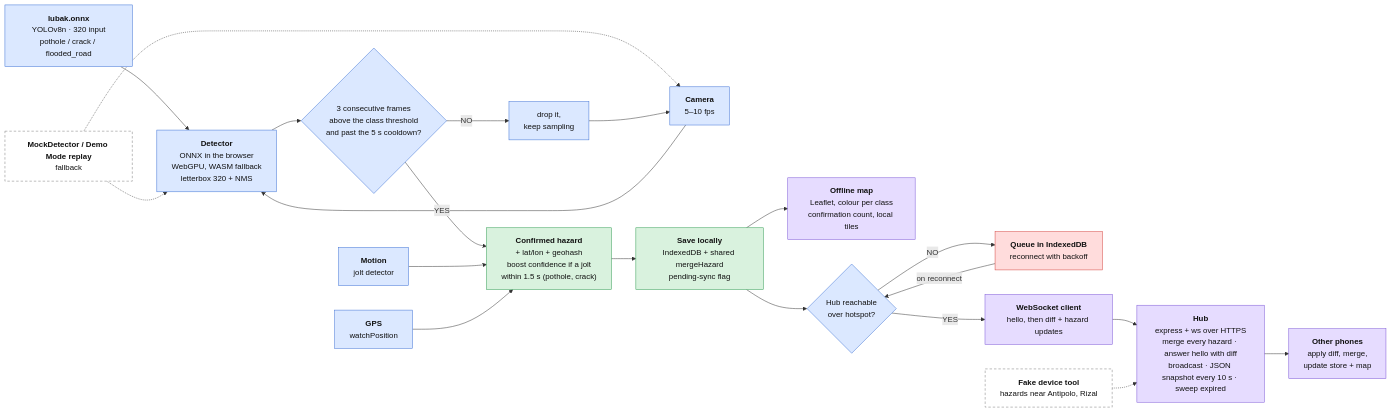
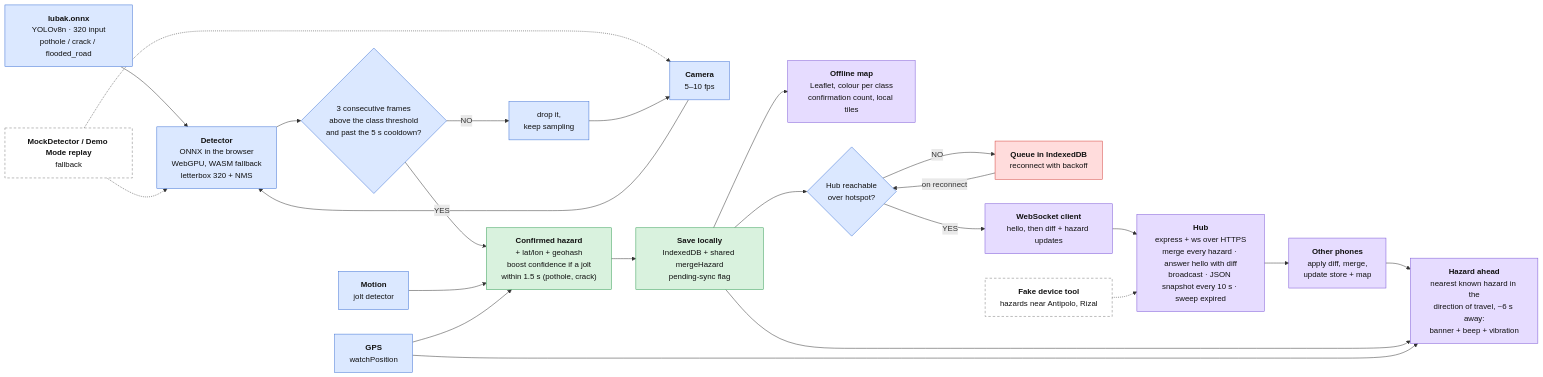
The first of 2 diagrams in docs/flowchart.md (Kaizweeen/HACKATON), drawn with Mermaid before and after one commit. The commit also changed other lines of this file and 2 other files, not shown here.

Commit message:
fake-device speaks the event PIN; README and flowchart catch up
- npm run fake-device -- --pin <code> (or HUB_PIN); without it, a PIN hub's refusal is
  explained instead of looking like a dead connection; the PIN is masked in its log.
- README status rewritten for what now works (model, map, sharing, warnings, PIN, CI) and
  what is still open (no flood data, no Philippine roads, no physical phone yet); checklist
  covers npm run rehearse, the PIN URL and the 'Pothole ahead' check.
- docs/flowchart.md: the Hazard ahead box, real tiles.

Claude-Session: https://claude.ai/code/session_011PK4J5opFMFNNpciFh2CBR

````diff
--- a/docs/flowchart.md
+++ b/docs/flowchart.md
@@ -11,42 +11,46 @@
 ```mermaid
 flowchart LR
   model["<b>lubak.onnx</b><br/>YOLOv8n · 320 input<br/>pothole / crack / flooded_road"]:::sense
   cam["<b>Camera</b><br/>5–10 fps"]:::sense
   det["<b>Detector</b><br/>ONNX in the browser<br/>WebGPU, WASM fallback<br/>letterbox 320 + NMS"]:::sense
   fallback["<b>MockDetector / Demo Mode replay</b><br/>fallback"]:::dashed
   decide{"3 consecutive frames<br/>above the class threshold<br/>and past the 5 s cooldown?"}:::sense
   drop["drop it,<br/>keep sampling"]:::sense
   motion["<b>Motion</b><br/>jolt detector"]:::sense
   gps["<b>GPS</b><br/>watchPosition"]:::sense
   confirmed["<b>Confirmed hazard</b><br/>+ lat/lon + geohash<br/>boost confidence if a jolt<br/>within 1.5 s (pothole, crack)"]:::stored
   save["<b>Save locally</b><br/>IndexedDB + shared mergeHazard<br/>pending-sync flag"]:::stored
   map["<b>Offline map</b><br/>Leaflet, colour per class<br/>confirmation count, local tiles"]:::shared
   reach{"Hub reachable<br/>over hotspot?"}:::sense
   queue["<b>Queue in IndexedDB</b><br/>reconnect with backoff"]:::queue
   ws["<b>WebSocket client</b><br/>hello, then diff + hazard updates"]:::shared
   hub["<b>Hub</b><br/>express + ws over HTTPS<br/>merge every hazard · answer hello with diff<br/>broadcast · JSON snapshot every 10 s · sweep expired"]:::shared
   others["<b>Other phones</b><br/>apply diff, merge,<br/>update store + map"]:::shared
+  ahead["<b>Hazard ahead</b><br/>nearest known hazard in the<br/>direction of travel, ~6 s away:<br/>banner + beep + vibration"]:::shared
   fake["<b>Fake device tool</b><br/>hazards near Antipolo, Rizal"]:::dashed
 
   model --> det
   cam --> det
   fallback -.-> det
   fallback -.-> cam
   det --> decide
   decide -- NO --> drop --> cam
   decide -- YES --> confirmed
   motion --> confirmed
   gps --> confirmed
   confirmed --> save
   save --> map
   save --> reach
   reach -- NO --> queue -- on reconnect --> reach
   reach -- YES --> ws --> hub --> others
+  others --> ahead
+  save --> ahead
+  gps --> ahead
   fake -.-> hub
 
   classDef sense fill:#dbe8ff,stroke:#3b6fd4,color:#111
   classDef stored fill:#d9f2de,stroke:#2e9b4f,color:#111
   classDef shared fill:#e6dcff,stroke:#7a55d6,color:#111
   classDef queue fill:#ffdcdc,stroke:#d4413b,color:#111
   classDef dashed fill:#ffffff,stroke:#777,color:#111,stroke-dasharray:5 4
 ```
````
